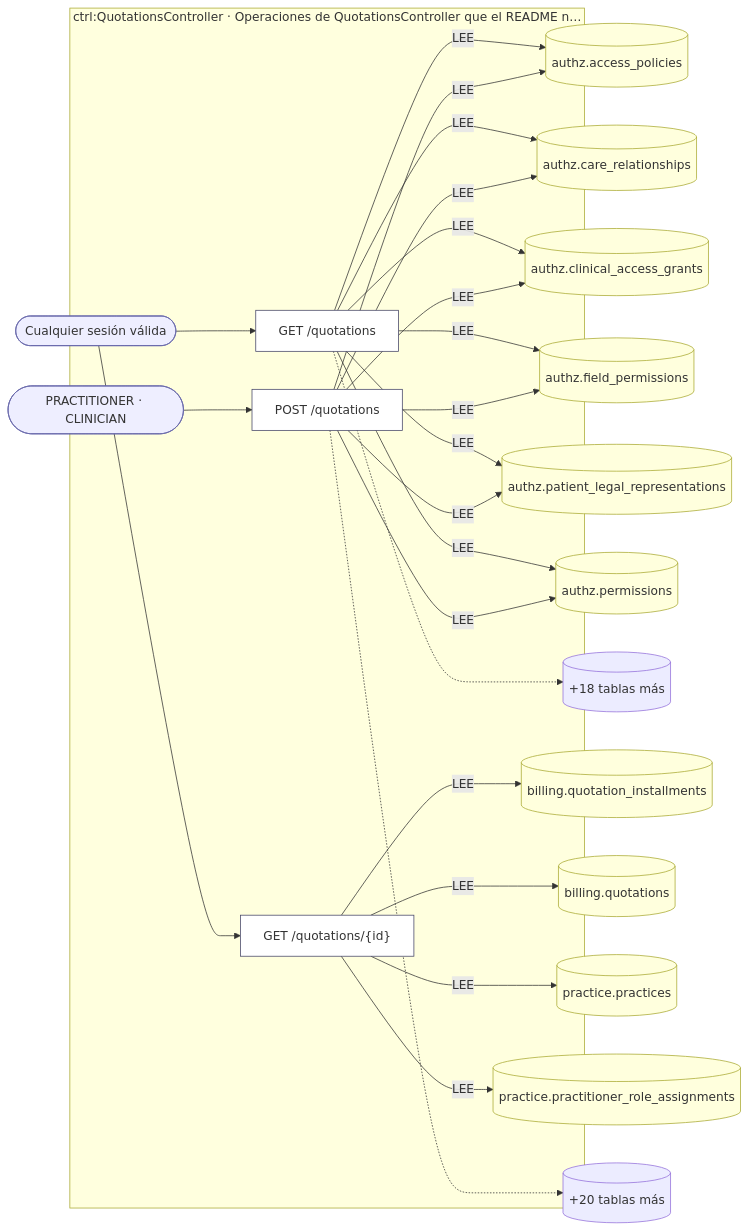
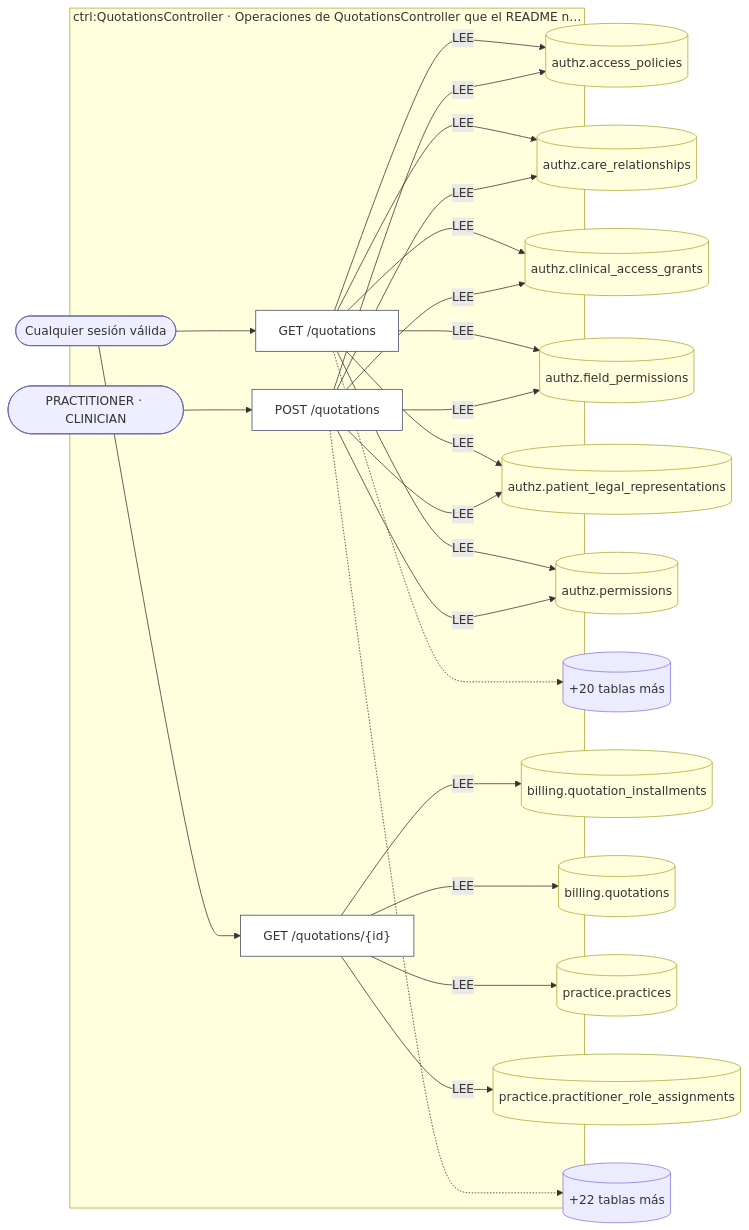
Before and after one commit to mdavila-2001/mantra-core-health-api: the first of 4 diagrams in docs/inventario/flujos/quotations.md, drawn with Mermaid. The commit also changed other lines of this file and 376 other files, not shown here.

````diff
--- a/docs/inventario/flujos/quotations.md
+++ b/docs/inventario/flujos/quotations.md
@@ -32,47 +32,47 @@
 ```mermaid
 flowchart LR
   a2(["Cualquier sesión válida"]):::actor
   a11(["PRACTITIONER · CLINICIAN"]):::actor
   t3[("authz.access_policies")]:::tabla
   t4[("authz.care_relationships")]:::tabla
   t5[("authz.clinical_access_grants")]:::tabla
   t6[("authz.field_permissions")]:::tabla
   t7[("authz.patient_legal_representations")]:::tabla
   t8[("authz.permissions")]:::tabla
   t14[("billing.quotation_installments")]:::tabla
   t15[("billing.quotations")]:::tabla
   t16[("practice.practices")]:::tabla
   t17[("practice.practitioner_role_assignments")]:::tabla
-  t9[("+18 tablas más")]
-  t12[("+20 tablas más")]
+  t9[("+20 tablas más")]
+  t12[("+22 tablas más")]
   subgraph s0["ctrl:QuotationsController · Operaciones de QuotationsController que el README n…"]
     o1["GET /quotations"]:::op
     o10["POST /quotations"]:::op
     o13["GET /quotations/{id}"]:::op
   end
   a2 --> o1
   o1 -->|"LEE"| t3
   o1 -->|"LEE"| t4
   o1 -->|"LEE"| t5
   o1 -->|"LEE"| t6
   o1 -->|"LEE"| t7
   o1 -->|"LEE"| t8
   o1 -.-> t9
   a11 --> o10
   o10 -->|"LEE"| t3
   o10 -->|"LEE"| t4
   o10 -->|"LEE"| t5
   o10 -->|"LEE"| t6
   o10 -->|"LEE"| t7
   o10 -->|"LEE"| t8
   o10 -.-> t12
   a2 --> o13
   o13 -->|"LEE"| t14
   o13 -->|"LEE"| t15
   o13 -->|"LEE"| t16
   o13 -->|"LEE"| t17
   classDef op fill:#fff,stroke:#446
   classDef actor fill:#eef,stroke:#66a
   classDef tabla fill:#ffd,stroke:#aa3
   classDef evento fill:#efe,stroke:#3a3
 ```
````
